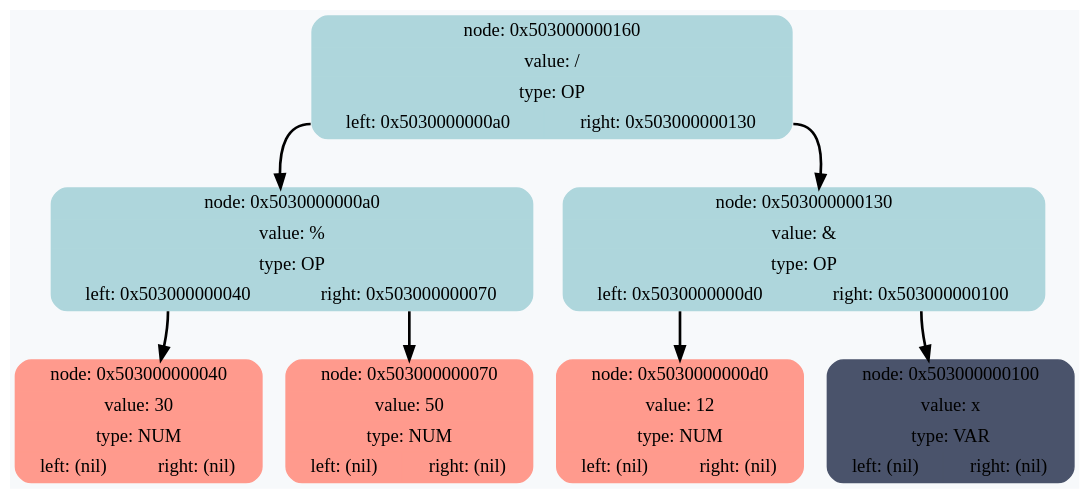
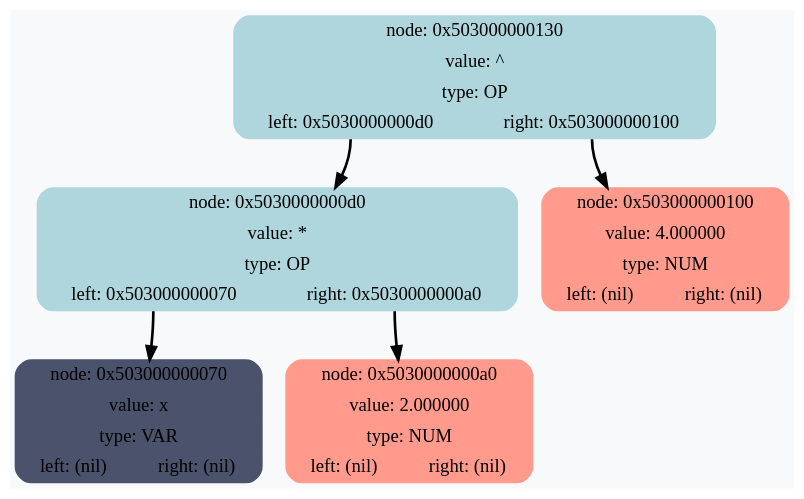
Before and after one commit to RTCupid/Differentiator: the diagram in DiffDump.dot, drawn with Graphviz. The commit also changed 18 other files, not shown here.

```diff
--- a/DiffDump.dot
+++ b/DiffDump.dot
@@ -1,17 +1,13 @@
 digraph G {
 	rankdir = HR;
 	bgcolor="#F7F9FB"
-	 node0x503000000160 [shape=Mrecord; style=filled; color="#aed6dc"; label =  "{node: 0x503000000160 | value: / | type: OP | {<left>left: 0x5030000000a0 | <right>right: 0x503000000130}  }" ];
-	 node0x503000000160:<left> -> node0x5030000000a0 [style=bold; weight=1000; ];
-	 node0x503000000160:<right> -> node0x503000000130 [style=bold; weight=1000; ];
-	 node0x5030000000a0 [shape=Mrecord; style=filled; color="#aed6dc"; label =  "{node: 0x5030000000a0 | value: % | type: OP | {<left>left: 0x503000000040 | <right>right: 0x503000000070}  }" ];
-	 node0x5030000000a0:<left> -> node0x503000000040 [style=bold; weight=1000; ];
-	 node0x5030000000a0:<right> -> node0x503000000070 [style=bold; weight=1000; ];
-	 node0x503000000040 [shape=Mrecord; style=filled; color="#ff9a8d"; label =  "{node: 0x503000000040 | value: 30 | type: NUM | {<left>left: (nil) | <right>right: (nil)}  }" ];
-	 node0x503000000070 [shape=Mrecord; style=filled; color="#ff9a8d"; label =  "{node: 0x503000000070 | value: 50 | type: NUM | {<left>left: (nil) | <right>right: (nil)}  }" ];
-	 node0x503000000130 [shape=Mrecord; style=filled; color="#aed6dc"; label =  "{node: 0x503000000130 | value: & | type: OP | {<left>left: 0x5030000000d0 | <right>right: 0x503000000100}  }" ];
+	 node0x503000000130 [shape=Mrecord; style=filled; color="#aed6dc"; label =  "{node: 0x503000000130 | value: ^ | type: OP | {<left>left: 0x5030000000d0 | <right>right: 0x503000000100}  }" ];
 	 node0x503000000130:<left> -> node0x5030000000d0 [style=bold; weight=1000; ];
 	 node0x503000000130:<right> -> node0x503000000100 [style=bold; weight=1000; ];
-	 node0x5030000000d0 [shape=Mrecord; style=filled; color="#ff9a8d"; label =  "{node: 0x5030000000d0 | value: 12 | type: NUM | {<left>left: (nil) | <right>right: (nil)}  }" ];
-	 node0x503000000100 [shape=Mrecord; style=filled; color="#4a536b"; label =  "{node: 0x503000000100 | value: x | type: VAR | {<left>left: (nil) | <right>right: (nil)}  }" ];
+	 node0x5030000000d0 [shape=Mrecord; style=filled; color="#aed6dc"; label =  "{node: 0x5030000000d0 | value: * | type: OP | {<left>left: 0x503000000070 | <right>right: 0x5030000000a0}  }" ];
+	 node0x5030000000d0:<left> -> node0x503000000070 [style=bold; weight=1000; ];
+	 node0x5030000000d0:<right> -> node0x5030000000a0 [style=bold; weight=1000; ];
+	 node0x503000000070 [shape=Mrecord; style=filled; color="#4a536b"; label =  "{node: 0x503000000070 | value: x | type: VAR | {<left>left: (nil) | <right>right: (nil)}  }" ];
+	 node0x5030000000a0 [shape=Mrecord; style=filled; color="#ff9a8d"; label =  "{node: 0x5030000000a0 | value: 2.000000 | type: NUM | {<left>left: (nil) | <right>right: (nil)}  }" ];
+	 node0x503000000100 [shape=Mrecord; style=filled; color="#ff9a8d"; label =  "{node: 0x503000000100 | value: 4.000000 | type: NUM | {<left>left: (nil) | <right>right: (nil)}  }" ];
 }
```
